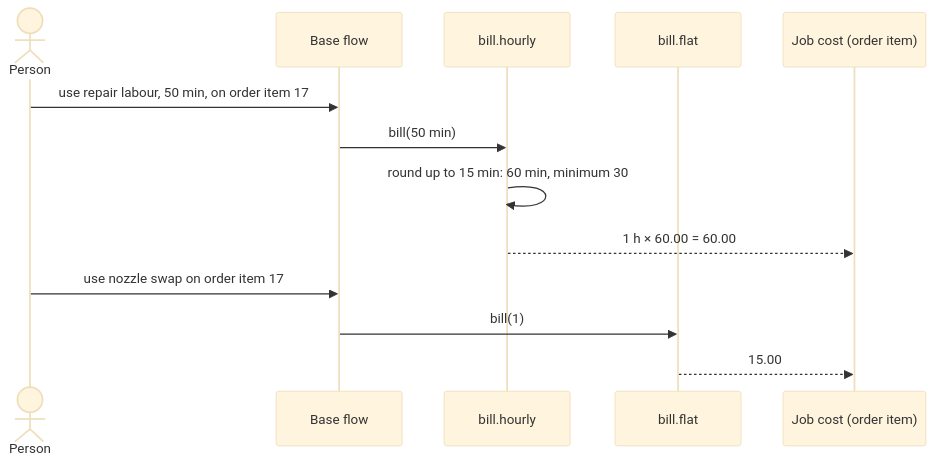
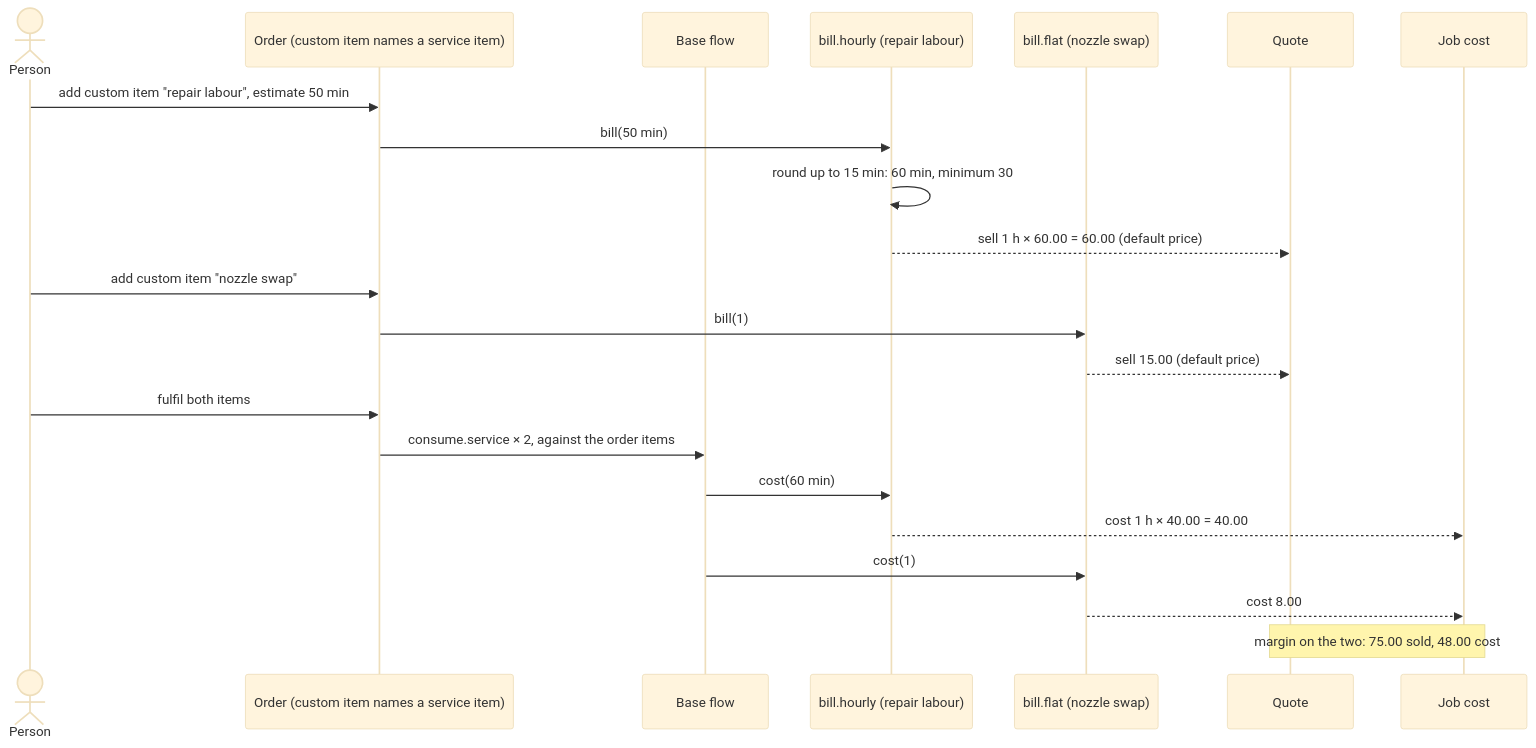
Before and after one commit to eh-homelab/ScadBuddy: the tenth of 13 diagrams in docs/inventory-model/README.md, drawn with Mermaid (base theme). The commit also changed other lines of this file and 3 other files, not shown here.

First line of the commit message:
docs: inventory kinds, a service bill has a cost and a sell side; orders sell services (#6949)

````diff
--- a/docs/inventory-model/README.md
+++ b/docs/inventory-model/README.md
@@ -315,15 +319,24 @@
 ```mermaid
 sequenceDiagram
     actor P as Person
+    participant O as Order (custom item names a service item)
     participant B as Base flow
-    participant BH as bill.hourly
-    participant BF as bill.flat
-    participant JC as Job cost (order item)
-    P->>B: use repair labour, 50 min, on order item 17
-    B->>BH: bill(50 min)
+    participant BH as bill.hourly (repair labour)
+    participant BF as bill.flat (nozzle swap)
+    participant Q as Quote
+    participant JC as Job cost
+    P->>O: add custom item "repair labour", estimate 50 min
+    O->>BH: bill(50 min)
     BH->>BH: round up to 15 min: 60 min, minimum 30
-    BH-->>JC: 1 h × 60.00 = 60.00
-    P->>B: use nozzle swap on order item 17
-    B->>BF: bill(1)
-    BF-->>JC: 15.00
+    BH-->>Q: sell 1 h × 60.00 = 60.00 (default price)
+    P->>O: add custom item "nozzle swap"
+    O->>BF: bill(1)
+    BF-->>Q: sell 15.00 (default price)
+    P->>O: fulfil both items
+    O->>B: consume.service × 2, against the order items
+    B->>BH: cost(60 min)
+    BH-->>JC: cost 1 h × 40.00 = 40.00
+    B->>BF: cost(1)
+    BF-->>JC: cost 8.00
+    Note over Q,JC: margin on the two: 75.00 sold, 48.00 cost
 ```
````
